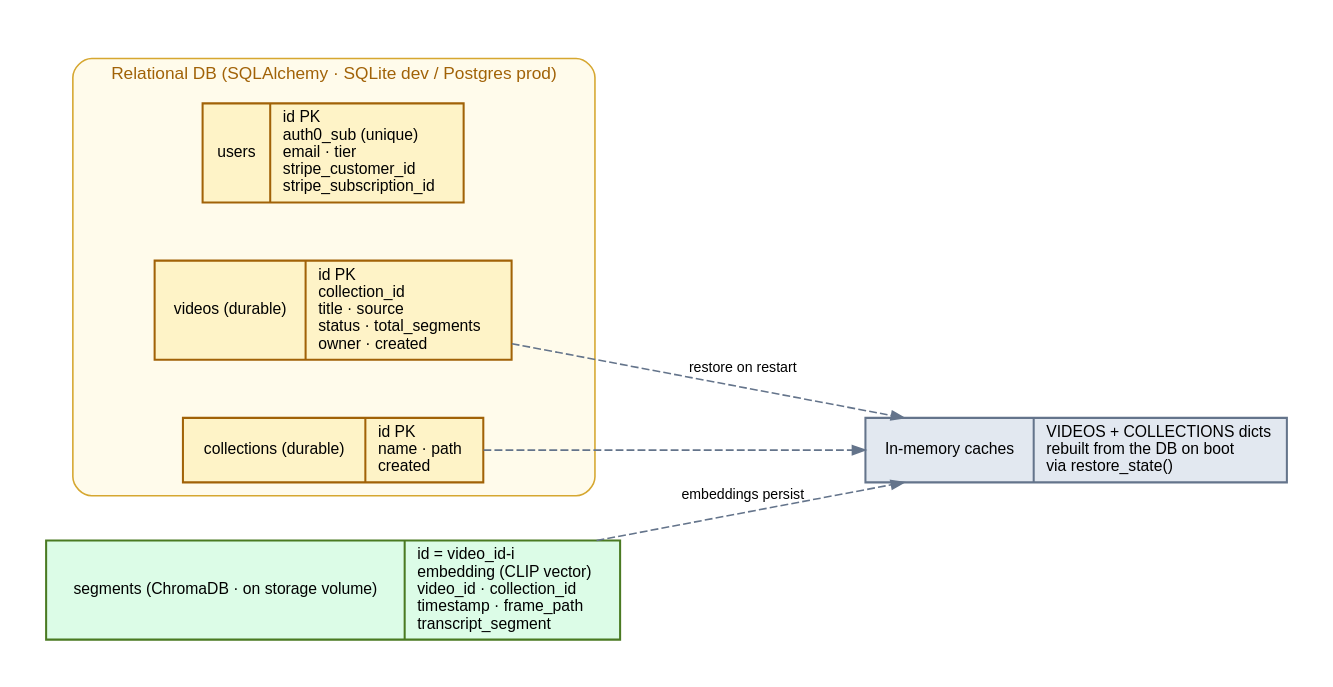
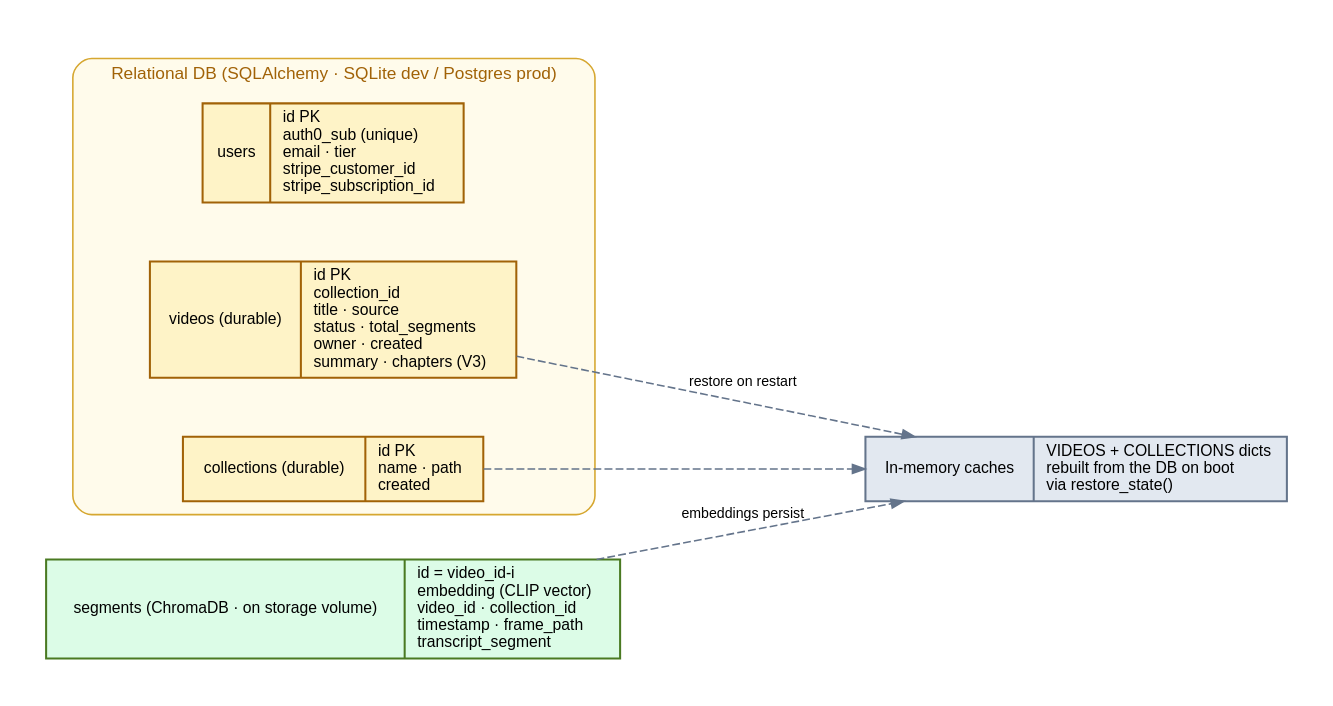
One commit to ernest-opara/scrubless changed the diagram in docs/diagrams/datamodel.dot. Above: the diagram before and after it, drawn with Graphviz. The commit also changed 4 other files, not shown here.

```diff
--- a/docs/diagrams/datamodel.dot
+++ b/docs/diagrams/datamodel.dot
@@ -1,22 +1,22 @@
 digraph data {
   graph [bgcolor="white", fontname="Helvetica", rankdir=LR, nodesep=0.5, ranksep=0.9, pad=0.3];
   node  [fontname="Helvetica", fontsize=10, shape=record, style="filled", penwidth=1.3];
   edge  [fontname="Helvetica", fontsize=9, color="#64748b", arrowsize=0.8];
 
   subgraph cluster_db {
     label="Relational DB (SQLAlchemy · SQLite dev / Postgres prod)";
     fontname="Helvetica"; fontsize=11; fontcolor="#a16207";
     color="#d6a730"; style="rounded"; bgcolor="#fffbeb";
     users  [label="{users|id PK\lauth0_sub (unique)\lemail · tier\lstripe_customer_id\lstripe_subscription_id\l}", fillcolor="#fef3c7", color="#a16207"];
-    videos [label="{videos  (durable)|id PK\lcollection_id\ltitle · source\lstatus · total_segments\lowner · created\l}", fillcolor="#fef3c7", color="#a16207"];
+    videos [label="{videos  (durable)|id PK\lcollection_id\ltitle · source\lstatus · total_segments\lowner · created\lsummary · chapters  (V3)\l}", fillcolor="#fef3c7", color="#a16207"];
     colls  [label="{collections  (durable)|id PK\lname · path\lcreated\l}", fillcolor="#fef3c7", color="#a16207"];
   }
 
   segs [label="{segments  (ChromaDB · on storage volume)|id = video_id-i\lembedding  (CLIP vector)\lvideo_id · collection_id\ltimestamp · frame_path\ltranscript_segment\l}", fillcolor="#dcfce7", color="#4a7a22"];
 
   mem  [label="{In-memory caches|VIDEOS + COLLECTIONS dicts\lrebuilt from the DB on boot\lvia restore_state()\l}", fillcolor="#e2e8f0", color="#64748b"];
 
   videos -> mem [label="restore on restart", style=dashed];
   colls  -> mem [style=dashed];
   segs   -> mem [label="embeddings persist", style=dashed];
 }
```
